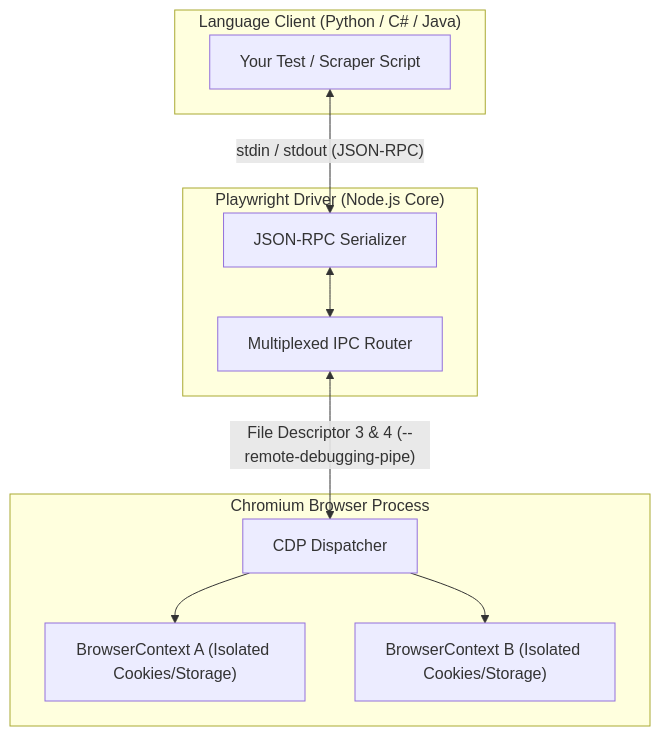
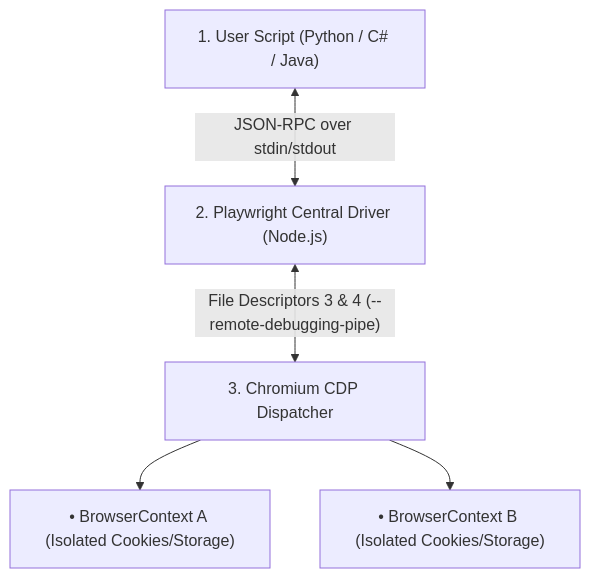
The first of 3 diagrams in _posts/2026-10-07-how-playwright-controls-chromium.md (naimurhasan/naimurhasan.github.io), drawn with Mermaid before and after one commit. The commit also changed other lines of this file and 28 other files, not shown here.

Commit message:
fix(blog): refactor all Mermaid diagrams to vertical legible layouts and restore in-body illustrations

````diff
--- a/_posts/2026-10-07-how-playwright-controls-chromium.md
+++ b/_posts/2026-10-07-how-playwright-controls-chromium.md
@@ -25,22 +25,7 @@
 ```mermaid
 flowchart TD
-  subgraph ClientApp ["Language Client (Python / C# / Java)"]
-    Code["Your Test / Scraper Script"]
-  end
-
-  subgraph Driver ["Playwright Driver (Node.js Core)"]
-    RPC["JSON-RPC Serializer"]
-    Transport["Multiplexed IPC Router"]
-    RPC <--> Transport
-  end
-
-  subgraph Engine ["Chromium Browser Process"]
-    CDP["CDP Dispatcher"]
-    Context1["BrowserContext A (Isolated Cookies/Storage)"]
-    Context2["BrowserContext B (Isolated Cookies/Storage)"]
-    CDP --> Context1 & Context2
-  end
-
-  Code <-->|"stdin / stdout (JSON-RPC)"| RPC
-  Transport <-->|"File Descriptor 3 & 4 (--remote-debugging-pipe)"| CDP
+  Code["1. User Script (Python / C# / Java)"] <-->|"JSON-RPC over stdin/stdout"| Driver["2. Playwright Central Driver (Node.js)"]
+  Driver <-->|"File Descriptors 3 & 4 (--remote-debugging-pipe)"| CDP["3. Chromium CDP Dispatcher"]
+  CDP --> C1["• BrowserContext A (Isolated Cookies/Storage)"]
+  CDP --> C2["• BrowserContext B (Isolated Cookies/Storage)"]
 ```
````
